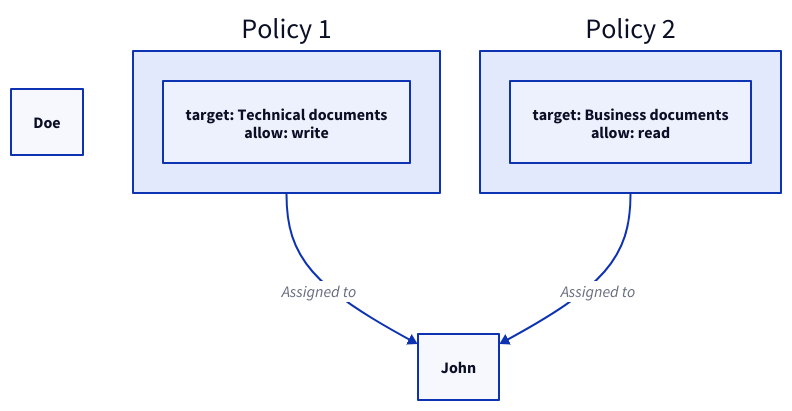
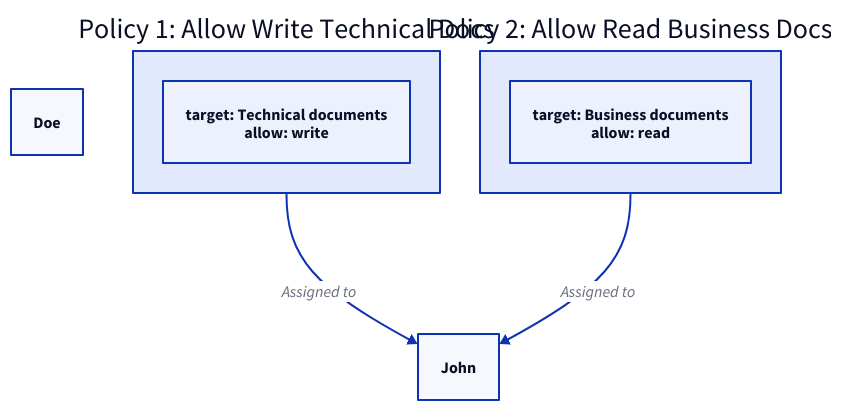
One commit to link1905/system-design-101 changed diagram 13 of 25 in content/docs/system-administration/system-protection/iam.md. Above: the diagram before and after it, drawn with D2. The commit also changed other lines of this file and 9 other files, not shown here.

````diff
--- a/content/docs/system-administration/system-protection/iam.md
+++ b/content/docs/system-administration/system-protection/iam.md
@@ -528,22 +517,22 @@
 ```d2
 u1: "John" {
   class: client
 }
 u2: "Doe" {
   class: client
 }
-p1: Policy 1 {
+p1: "Policy 1: Allow Write Technical Docs" {
   |||yaml
   target: Technical documents
   allow: write
   |||
 }
-p2: Policy 2 {
+p2: "Policy 2: Allow Read Business Docs" {
   |||yaml
   target: Business documents
   allow: read
   |||
 }
-p1 -> u1: Assigned to
-p2 -> u1: Assigned to
+p1 -> u1: "Assigned to"
+p2 -> u1: "Assigned to"
 ```
````
